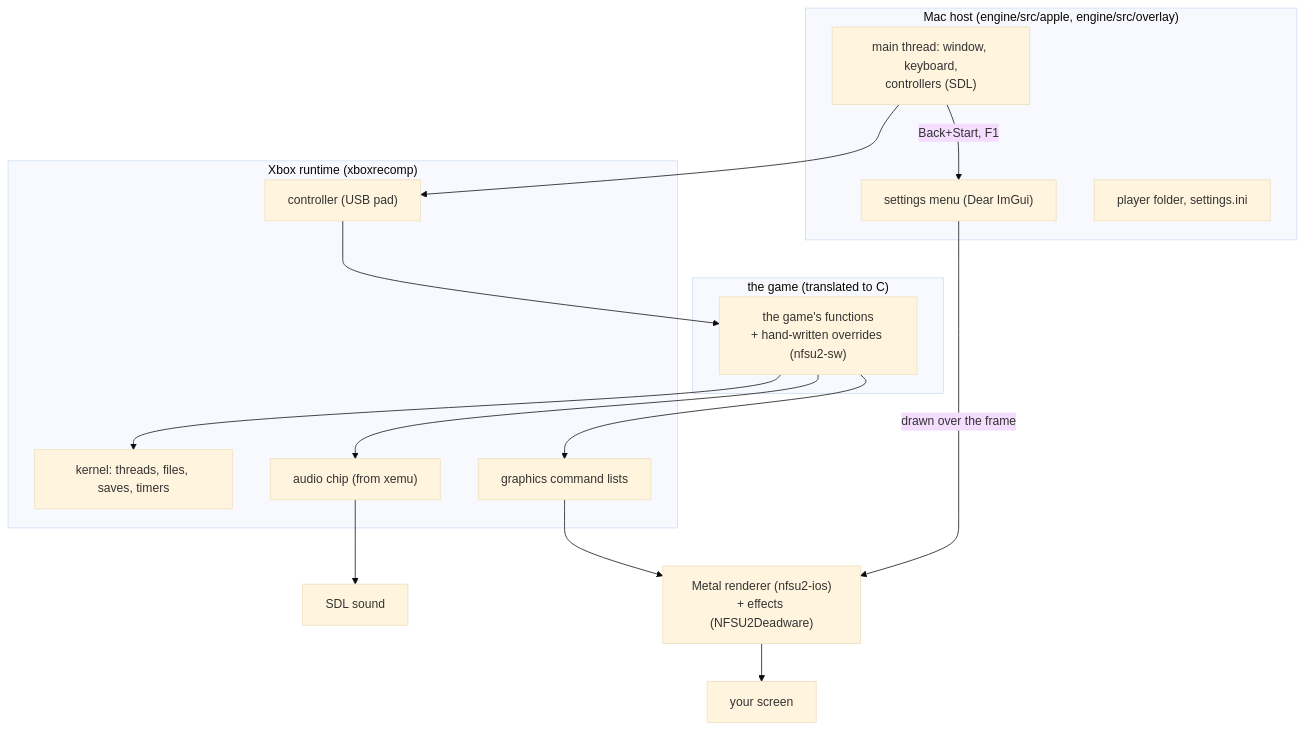
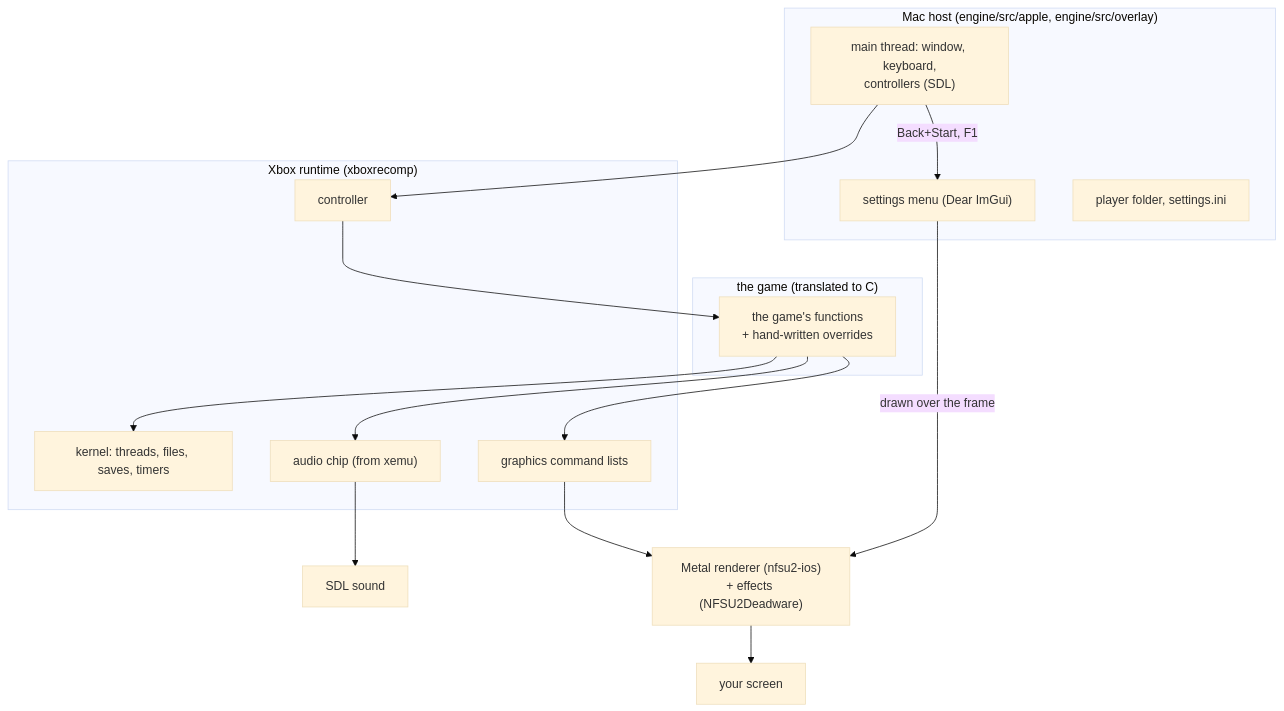
Before and after one commit to sanyokkua/hp1-xbox-port: the second of 2 diagrams in README.md, drawn with Mermaid (base theme). The commit also changed other lines of this file and 20 other files, not shown here.

````diff
--- a/README.md
+++ b/README.md
@@ -171,24 +184,24 @@
 ```mermaid
 flowchart TB
     subgraph mac["Mac host (engine/src/apple, engine/src/overlay)"]
         EV["main thread: window, keyboard,<br/>controllers (SDL)"]
         MENU["settings menu (Dear ImGui)"]
         PLAYER["player folder, settings.ini"]
     end
     subgraph game["the game (translated to C)"]
-        CODE["the game's functions<br/>+ hand-written overrides (nfsu2-sw)"]
+        CODE["the game's functions<br/>+ hand-written overrides"]
     end
     subgraph runtime["Xbox runtime (xboxrecomp)"]
         KRN["kernel: threads, files, saves, timers"]
-        PAD["controller (USB pad)"]
+        PAD["controller"]
         APU["audio chip (from xemu)"]
         PB["graphics command lists"]
     end
     EV --> PAD --> CODE
     EV -->|"Back+Start, F1"| MENU
     CODE --> KRN
     CODE --> APU --> OUT["SDL sound"]
     CODE --> PB --> MTL["Metal renderer (nfsu2-ios)<br/>+ effects (NFSU2Deadware)"]
     MENU -->|"drawn over the frame"| MTL
     MTL --> SCREEN["your screen"]
 ```
````
